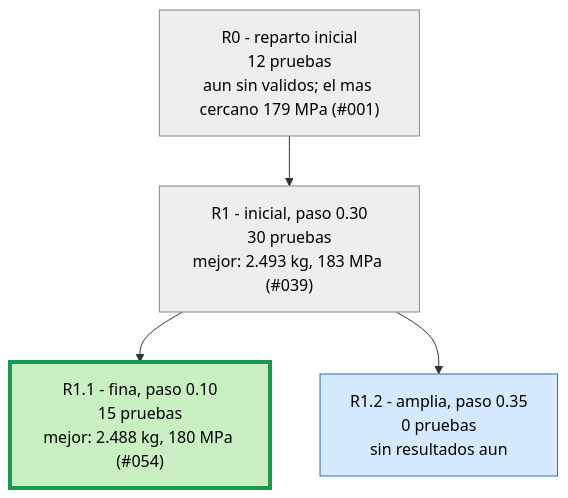
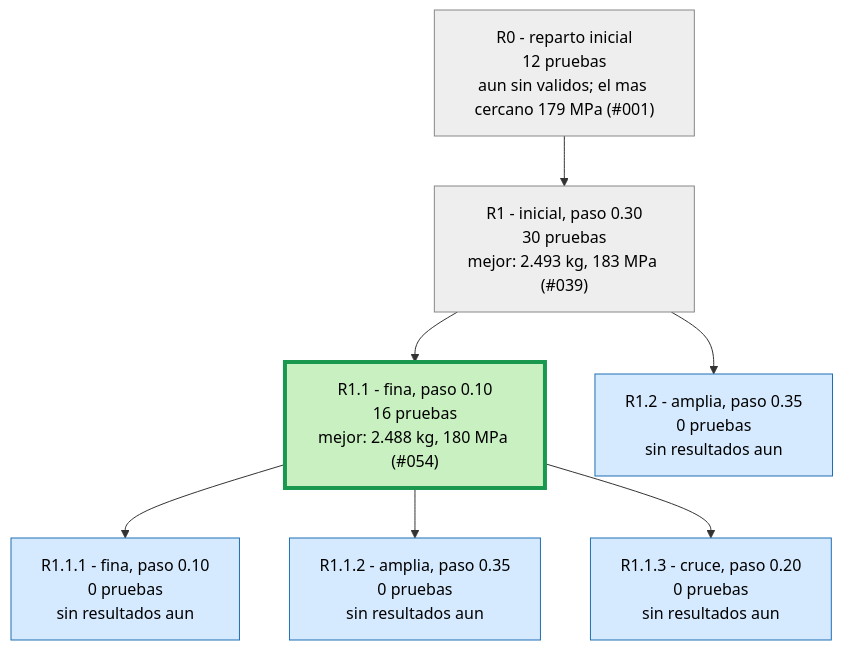
Before and after one commit to Hugiko/msd-soporte-optimizacion: the second of 3 diagrams in runs/opt_37800N/ARBOL.md, drawn with Mermaid. The commit also changed 24 other files, not shown here.

````diff
--- a/runs/opt_37800N/ARBOL.md
+++ b/runs/opt_37800N/ARBOL.md
@@ -21,13 +21,19 @@
 ```mermaid
 graph TD
 classDef activa fill:#d6eaff,stroke:#1f6fb5,color:#000
 classDef fin fill:#eeeeee,stroke:#888,color:#000
 classDef mejor fill:#c8f0c0,stroke:#1a9850,stroke-width:4px,color:#000
 R0["R0 - reparto inicial<br/>12 pruebas<br/>aun sin validos; el mas cercano 179 MPa (#001)"]:::fin
 R1["R1 - inicial, paso 0.30<br/>30 pruebas<br/>mejor: 2.493 kg, 183 MPa (#039)"]:::fin
 R0 --> R1
-R1_1["R1.1 - fina, paso 0.10<br/>15 pruebas<br/>mejor: 2.488 kg, 180 MPa (#054)"]:::mejor
+R1_1["R1.1 - fina, paso 0.10<br/>16 pruebas<br/>mejor: 2.488 kg, 180 MPa (#054)"]:::mejor
 R1 --> R1_1
 R1_2["R1.2 - amplia, paso 0.35<br/>0 pruebas<br/>sin resultados aun"]:::activa
 R1 --> R1_2
+R1_1_1["R1.1.1 - fina, paso 0.10<br/>0 pruebas<br/>sin resultados aun"]:::activa
+R1_1 --> R1_1_1
+R1_1_2["R1.1.2 - amplia, paso 0.35<br/>0 pruebas<br/>sin resultados aun"]:::activa
+R1_1 --> R1_1_2
+R1_1_3["R1.1.3 - cruce, paso 0.20<br/>0 pruebas<br/>sin resultados aun"]:::activa
+R1_1 --> R1_1_3
 ```
````
